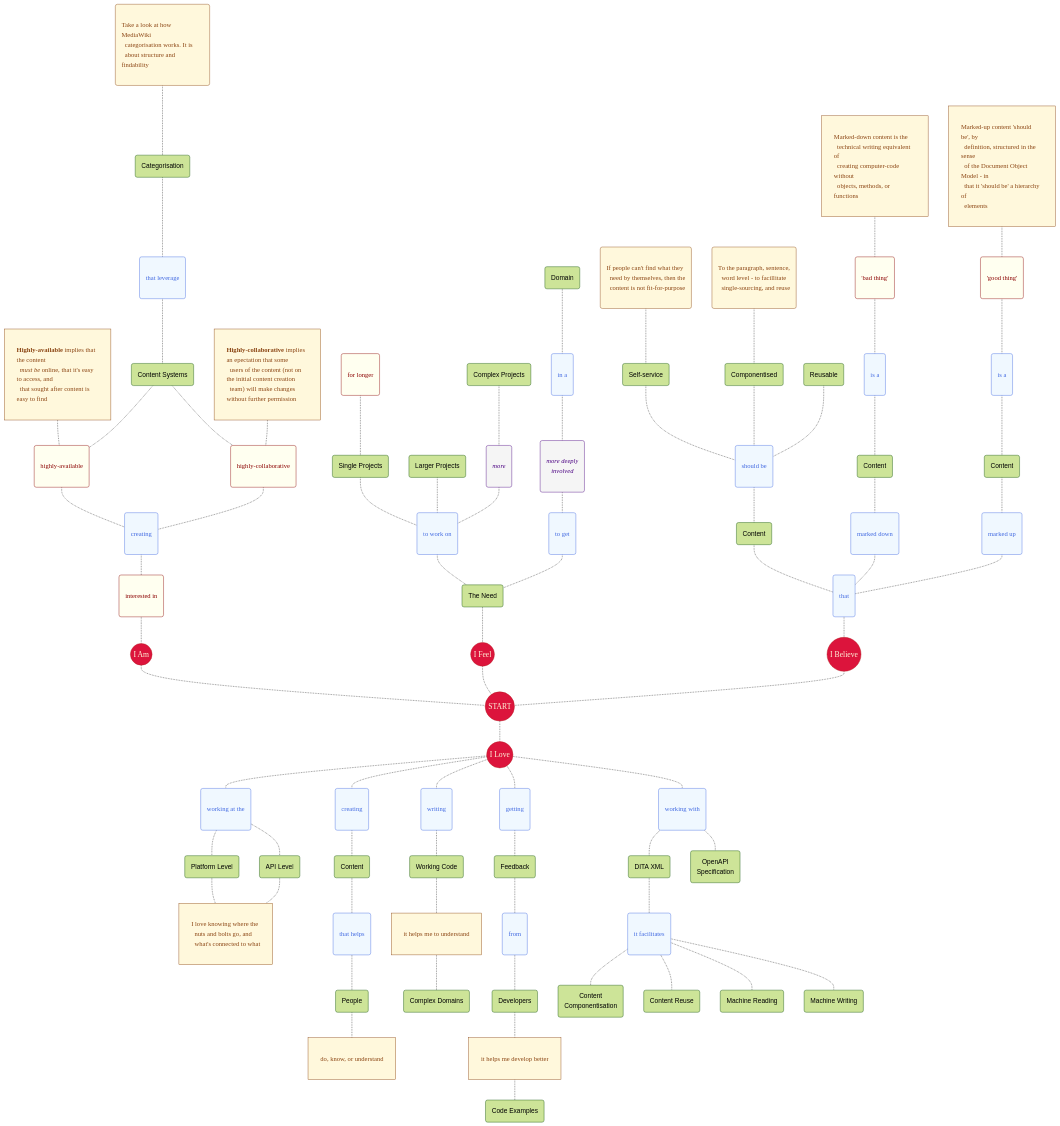
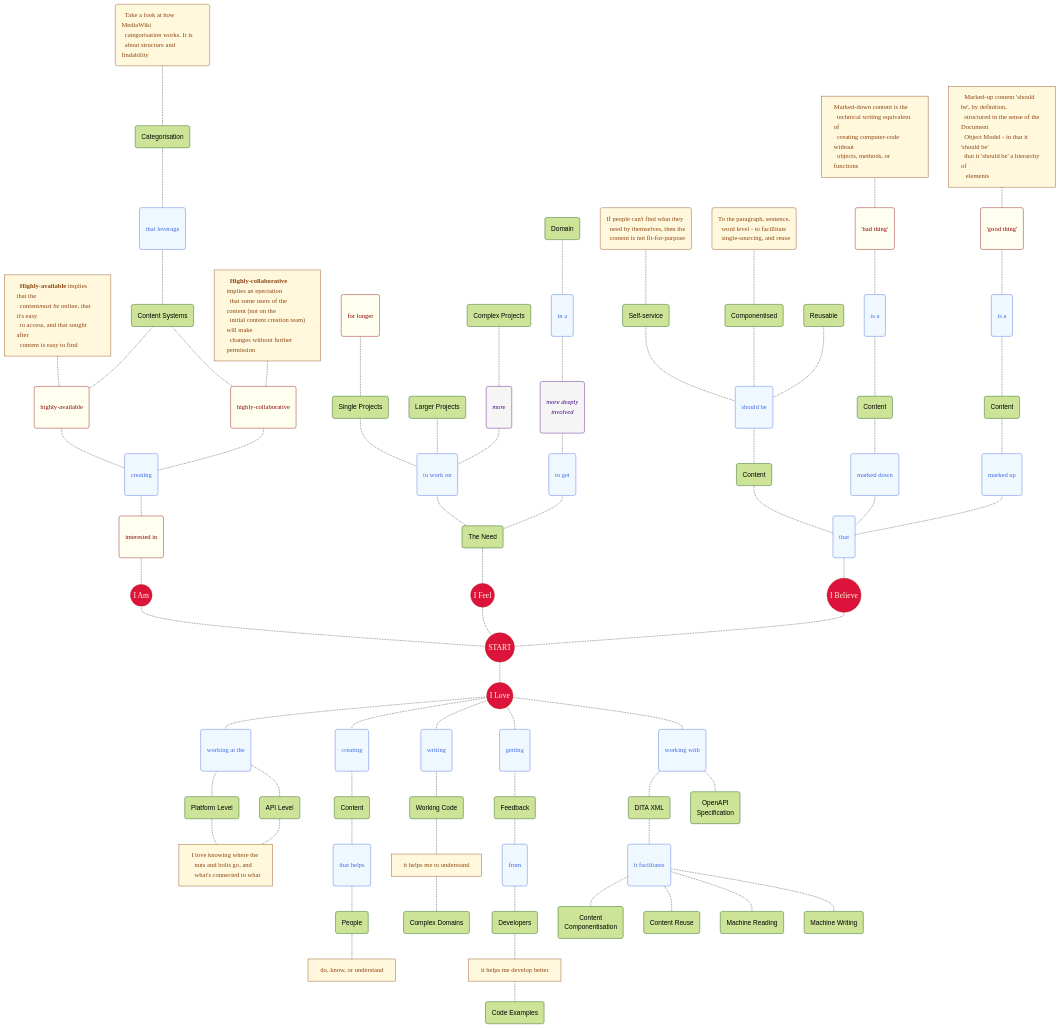
One commit to joe-dorward/samples changed the diagram in my_mermaid_mindmap.md. Above: the diagram before and after it, drawn with Mermaid.

```diff
--- a/my_mermaid_mindmap.md
+++ b/my_mermaid_mindmap.md
@@ -9,18 +9,20 @@
   classDef Verb fill:aliceblue, color:royalblue, stroke:royalblue, font-family:verdana, padding:0px 4px;
   classDef Adverb fill:whitesmoke, color:indigo, stroke:indigo, font-family:verdana, font-style:italic, padding:0px 4px;
   classDef Adjective fill:ivory, color:darkred, stroke:darkred, font-family:verdana, padding:0px 4px;
-  classDef Note fill:cornsilk, stroke:saddlebrown, color:saddlebrown, font-family:verdana, text-align:left, padding-left:9px, padding-right:9px, margin:10px 50px 10px -2px;
+  %%classDef Note fill:cornsilk, stroke:saddlebrown, color:saddlebrown, font-family:verdana, text-align:left, padding-left:9px, padding-right:9px, margin-top:10px, margin-right:100px;
+  classDef Note fill:cornsilk, stroke:saddlebrown, color:saddlebrown, font-family:verdana, text-align:left;
 
   SELF_SERVICE_NOTE("If people can't find what they<br/>&ensp;need by themselves, then the<br/>&ensp;content is not fit-for-purpose")
-  CATEGORISATION_NOTE("Take a look at how MediaWiki&ensp;<br/>&ensp;categorisation works. It is<br/>&ensp;about structure and findability")
+  CATEGORISATION_NOTE("&ensp;Take a look at how MediaWiki&ensp;<br/>&ensp;categorisation works. It is<br/>&ensp;about structure and findability")
   COMPONENTISED_NOTE("To the paragraph, sentence,<br/>&ensp;word level - to facillitate<br/>&ensp;single-sourcing, and reuse")
   PLATFORM_LEVEL_NOTE["I love knowing where the<br/>&ensp;nuts and bolts go, and<br/>&ensp;what's connected to what"]
 
   MARKED_DOWN_CONTENT_NOTE["Marked-down content is the<br/>&ensp;technical writing equivalent of<br/>&ensp;creating computer-code without<br/>&ensp;objects, methods, or functions"]
-  MARKED_UP_CONTENT_NOTE["Marked-up content 'should be', by<br/>&ensp;definition, structured in the sense<br/>&ensp;of the Document Object Model - in<br/>&ensp;that it 'should be' a hierarchy of<br/>&ensp;elements"]
+  MARKED_UP_CONTENT_NOTE["&ensp;Marked-up content 'should be', by definition,<br/>&ensp;structured in the sense of the Document<br/>&ensp;Object Model - in that it 'should be'<br/>&ensp;that it 'should be' a hierarchy of<br/>&ensp; elements"]
 
-     HIGHLY_AVAILABLE_NOTE["<b>Highly-available</b> implies that the content<br/>&ensp;<i>must be</i> online, that it's easy to access, and<br/>&ensp;that sought after content is easy to find"]  
-  HIGHLY_COLABORATIVE_NOTE["<b>Highly-collaborative</b> implies an epectation that some<br/>&ensp;users of the content (not on the initial content creation<br/>&ensp;team) will make changes without further permission"]
+  %%HIGHLY_AVAILABLE_NOTE["&ensp;<b>Highly-available</b> implies that the content<br/>&ensp;<i>must be</i> online, that it's easy to access, and<br/>&ensp;that sought after content is easy to find"]
+  HIGHLY_AVAILABLE_NOTE["&ensp;<b>Highly-available</b> implies that the<br/>&ensp;content<i>must be</i> online, that it's easy<br/>&ensp;to access, and that sought after<br/>&ensp;content is easy to find"]  
+  HIGHLY_COLABORATIVE_NOTE["&ensp;<b>Highly-collaborative</b> implies an epectation<br/>&ensp;that some users of the content (not on the<br/>&ensp;initial content creation team) will make<br/>&ensp;changes without further permission"]
 
   class SELF_SERVICE_NOTE,CATEGORISATION_NOTE,COMPONENTISED_NOTE,PLATFORM_LEVEL_NOTE,MARKED_DOWN_CONTENT_NOTE,MARKED_UP_CONTENT_NOTE,HIGHLY_AVAILABLE_NOTE,HIGHLY_COLABORATIVE_NOTE Note;
 
```
